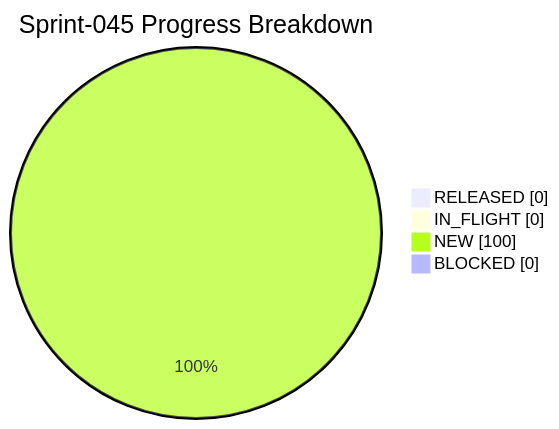
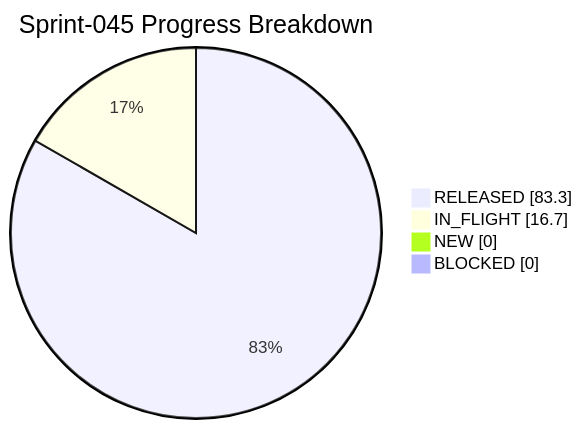
Before and after one commit to famatyyk/CTOAi: the diagram in docs/history/sprints/SPRINT-045-PROGRESS.md, drawn with Mermaid. The commit also changed other lines of this file and 4 other files, not shown here.

````diff
--- a/docs/history/sprints/SPRINT-045-PROGRESS.md
+++ b/docs/history/sprints/SPRINT-045-PROGRESS.md
@@ -8,8 +8,8 @@
 ```mermaid
 pie showData
     title Sprint-045 Progress Breakdown
-    "RELEASED" : 0.0
-    "IN_FLIGHT" : 0.0
-    "NEW" : 100.0
+    "RELEASED" : 83.3
+    "IN_FLIGHT" : 16.7
+    "NEW" : 0.0
     "BLOCKED" : 0.0
 ```
````
